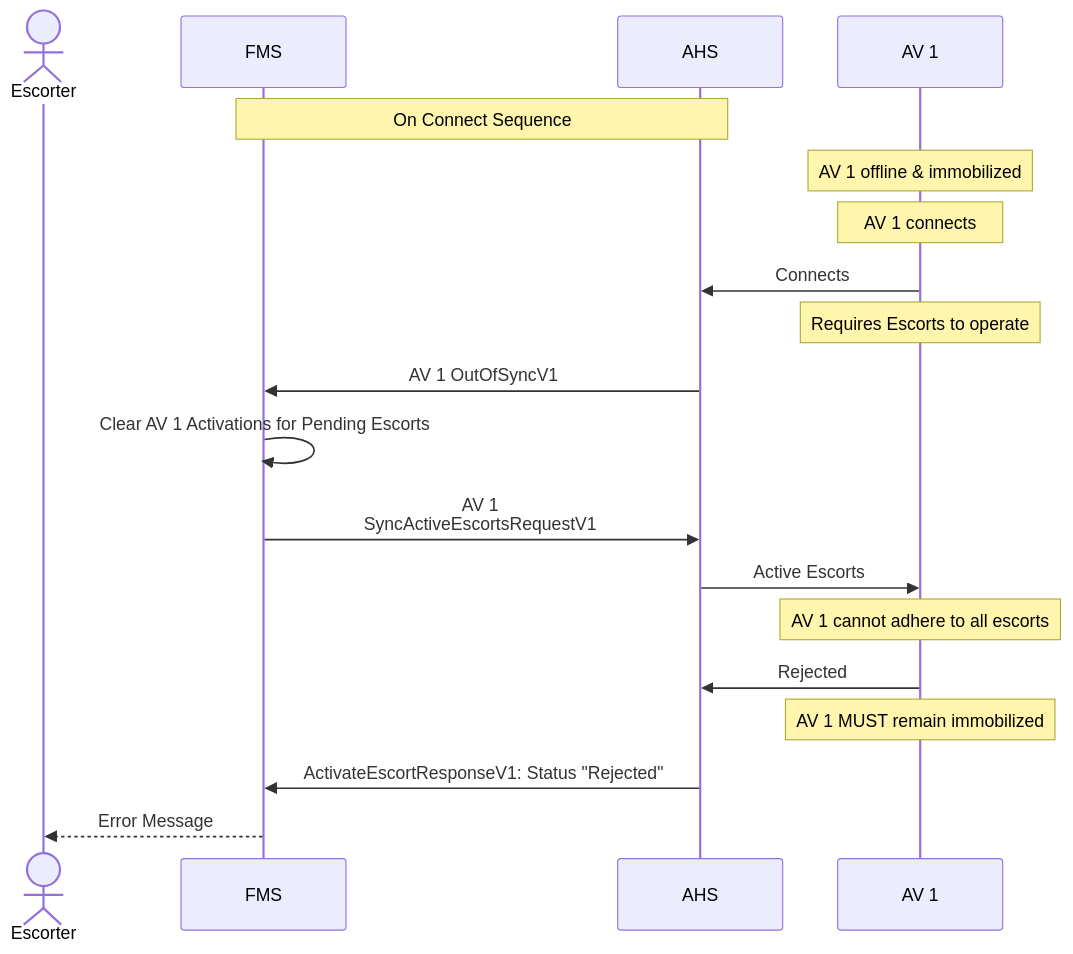
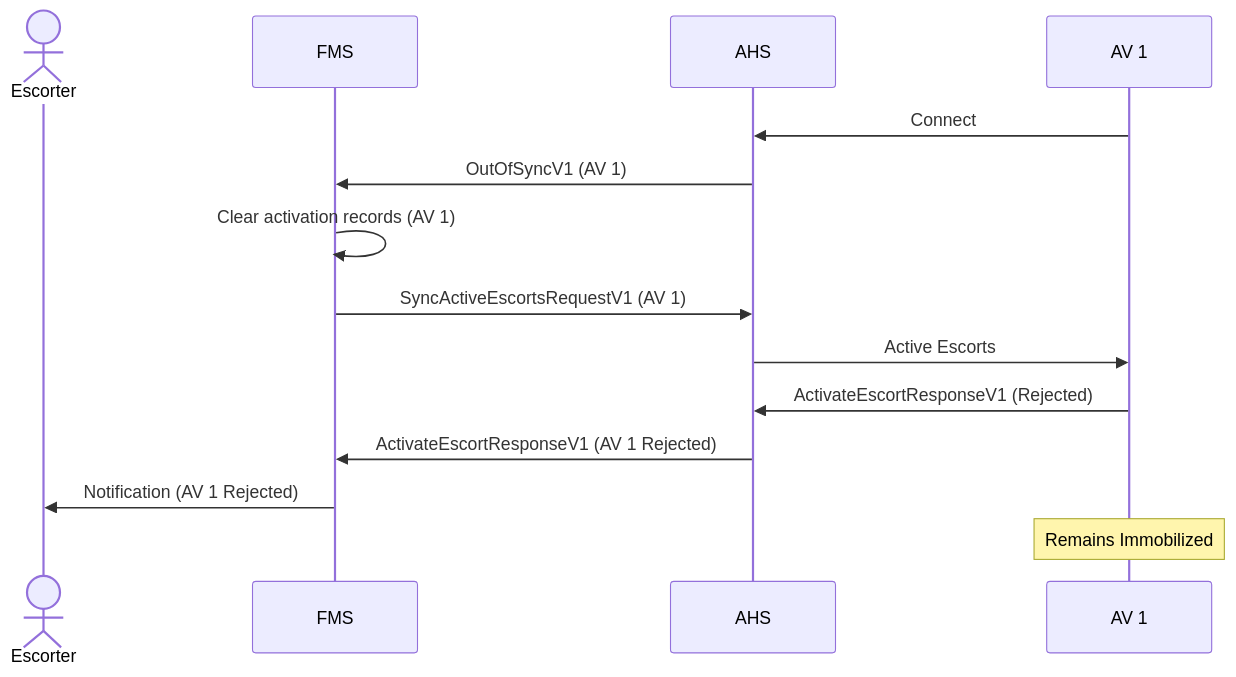
The third of 3 diagrams in diagram/Synchronization.md (guri381/escort), drawn with Mermaid before and after one commit. The commit also changed other lines of this file, not shown here.

````diff
--- a/diagram/Synchronization.md
+++ b/diagram/Synchronization.md
@@ -113,32 +97,17 @@
 ```mermaid
 sequenceDiagram
     actor Escorter
     participant FMS
     participant AHS
-    participant AV 1
+    participant AV_1 as AV 1
 
-    Note over FMS,AHS: On Connect Sequence
-
-    Note over AV 1: AV 1 offline & immobilized
-
-    Note Over AV 1: AV 1 connects
-
-    AV 1->>AHS: Connects
-    Note Over AV 1: Requires Escorts to operate
-
-    AHS->>FMS: AV 1 OutOfSyncV1
-    FMS->>FMS: Clear AV 1 Activations for Pending Escorts
-
-    FMS->>AHS: AV 1 <br/> SyncActiveEscortsRequestV1
-    AHS->>AV 1: Active Escorts
-    Note Over AV 1: AV 1 cannot adhere to all escorts
-
-    AV 1->>AHS: Rejected
-
-    Note Over AV 1: AV 1 MUST remain immobilized
-
-    AHS->>FMS: ActivateEscortResponseV1: Status "Rejected"
-
-    FMS-->>Escorter: Error Message
-
+    AV_1->>AHS: Connect
+    AHS->>FMS: OutOfSyncV1 (AV 1)
+    FMS->>FMS: Clear activation records (AV 1)
+    FMS->>AHS: SyncActiveEscortsRequestV1 (AV 1)
+    AHS->>AV_1: Active Escorts
+    AV_1->>AHS: ActivateEscortResponseV1 (Rejected)
+    AHS->>FMS: ActivateEscortResponseV1 (AV 1 Rejected)
+    FMS->>Escorter: Notification (AV 1 Rejected)
+    Note over AV_1: Remains Immobilized
 ```
````
